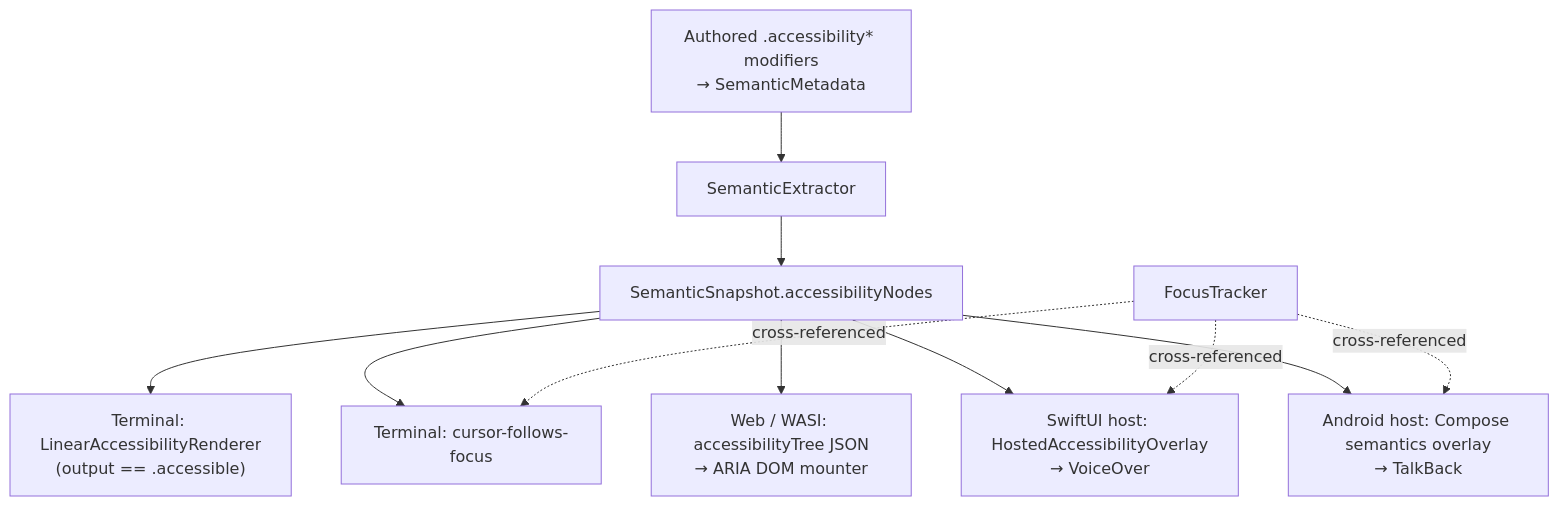
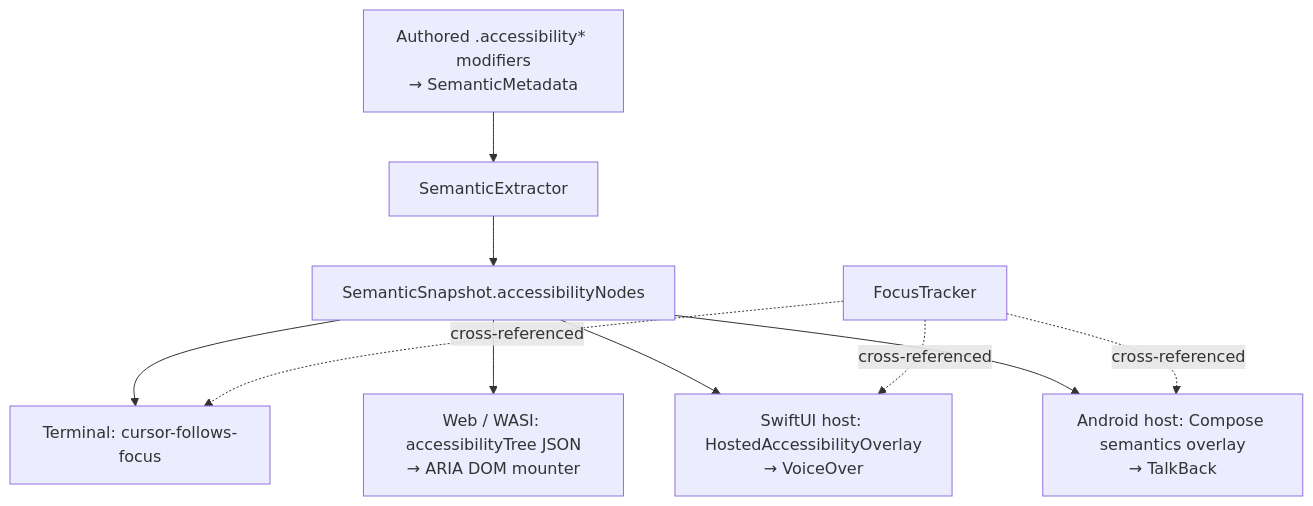
Before and after one commit to SwiftTUI/swift-tui: the diagram in docs/ACCESSIBILITY.md, drawn with Mermaid. The commit also changed other lines of this file and 36 other files, not shown here.

First line of the commit message:
Remove linear/plain/no-progress config; make accessible a policy alias

````diff
--- a/docs/ACCESSIBILITY.md
+++ b/docs/ACCESSIBILITY.md
@@ -22,17 +22,16 @@
 ```mermaid
 flowchart TD
     meta["Authored .accessibility* modifiers<br/>→ SemanticMetadata"]
     extract["SemanticExtractor"]
     snap["SemanticSnapshot.accessibilityNodes"]
     meta --> extract --> snap
 
-    snap --> cli["Terminal: LinearAccessibilityRenderer<br/>(output == .accessible)"]
     snap --> cursor["Terminal: cursor-follows-focus"]
     snap --> web["Web / WASI: accessibilityTree JSON<br/>→ ARIA DOM mounter"]
     snap --> swiftui["SwiftUI host: HostedAccessibilityOverlay<br/>→ VoiceOver"]
     snap --> android["Android host: Compose semantics overlay<br/>→ TalkBack"]
 
     focus["FocusTracker"] -.cross-referenced.-> cursor
     focus -.cross-referenced.-> swiftui
     focus -.cross-referenced.-> android
 ```
````
